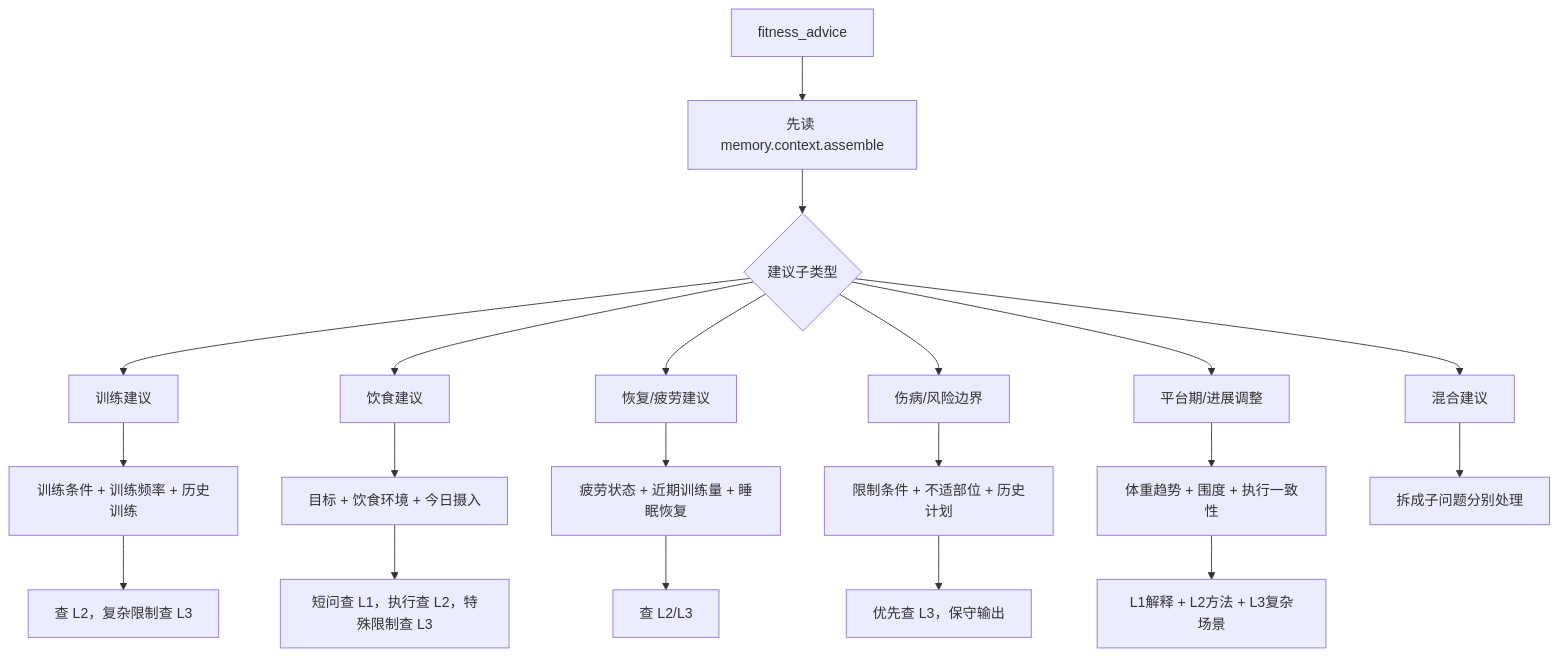
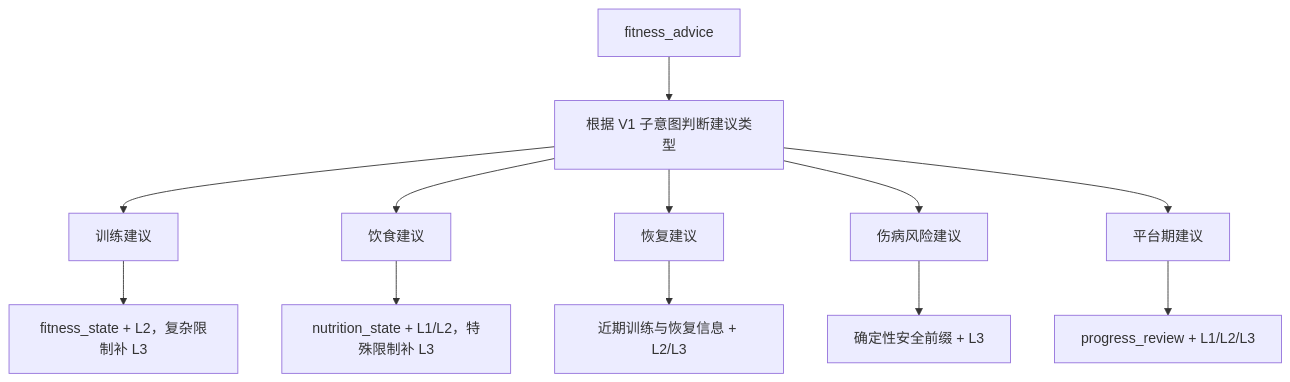
The diagram in docs/AGENT_INTENT_ROUTING_STRATEGY.md (yichenmo31-glitch/RightNow-3.2), drawn with Mermaid before and after one commit. The commit also changed other lines of this file and 4 other files, not shown here.

````diff
--- a/docs/AGENT_INTENT_ROUTING_STRATEGY.md
+++ b/docs/AGENT_INTENT_ROUTING_STRATEGY.md
@@ -141,29 +135,15 @@
 ```mermaid
 flowchart TD
-  A["fitness_advice"] --> C["先读 memory.context.assemble"]
-  C --> K{"建议子类型"}
+    A["fitness_advice"] --> B["根据 V1 子意图判断建议类型"]
+    B --> C["训练建议"]
+    B --> D["饮食建议"]
+    B --> E["恢复建议"]
+    B --> F["伤病风险建议"]
+    B --> G["平台期建议"]
 
-  K --> T["训练建议"]
-  K --> D["饮食建议"]
-  K --> R["恢复/疲劳建议"]
-  K --> S["伤病/风险边界"]
-  K --> P["平台期/进展调整"]
-  K --> M["混合建议"]
-
-  T --> T1["训练条件 + 训练频率 + 历史训练"]
-  T1 --> T2["查 L2，复杂限制查 L3"]
-
-  D --> D1["目标 + 饮食环境 + 今日摄入"]
-  D1 --> D2["短问查 L1，执行查 L2，特殊限制查 L3"]
-
-  R --> R1["疲劳状态 + 近期训练量 + 睡眠恢复"]
-  R1 --> R2["查 L2/L3"]
-
-  S --> S1["限制条件 + 不适部位 + 历史计划"]
-  S1 --> S2["优先查 L3，保守输出"]
-
-  P --> P1["体重趋势 + 围度 + 执行一致性"]
-  P1 --> P2["L1解释 + L2方法 + L3复杂场景"]
-
-  M --> M1["拆成子问题分别处理"]
+    C --> H["fitness_state + L2，复杂限制补 L3"]
+    D --> I["nutrition_state + L1/L2，特殊限制补 L3"]
+    E --> J["近期训练与恢复信息 + L2/L3"]
+    F --> K["确定性安全前缀 + L3"]
+    G --> L["progress_review + L1/L2/L3"]
 ```
````
